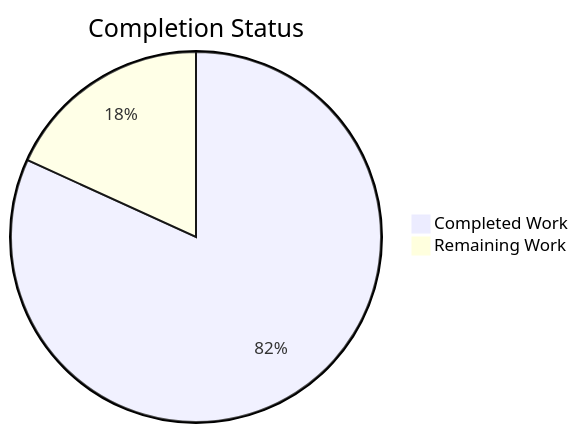
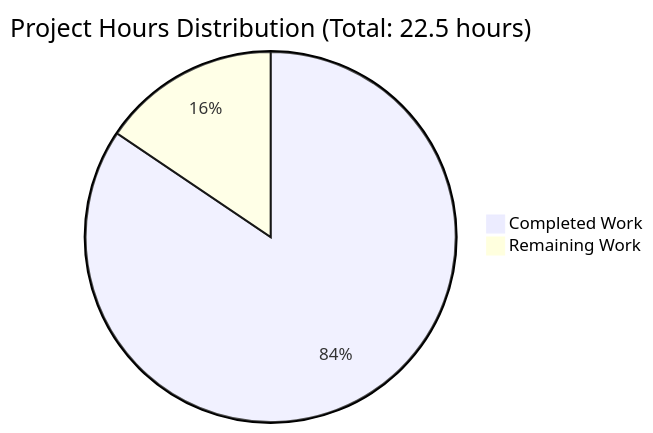
The diagram in blitzy/documentation/Project Guide.md (lakshya-blitzy/hello_world_Oct_2025), drawn with Mermaid before and after one commit. The commit also changed other lines of this file, not shown here.

Commit message:
Adding Blitzy Project Guide: Project Status and Human Tasks Remaining

````diff
--- a/blitzy/documentation/Project Guide.md
+++ b/blitzy/documentation/Project Guide.md
@@ -246,5 +148,5 @@
 ```mermaid
-pie title Completion Status
-    "Completed Work" : 18
-    "Remaining Work" : 4
+pie title Project Hours Distribution (Total: 22.5 hours)
+    "Completed Work" : 19.0
+    "Remaining Work" : 3.5
 ```
````
